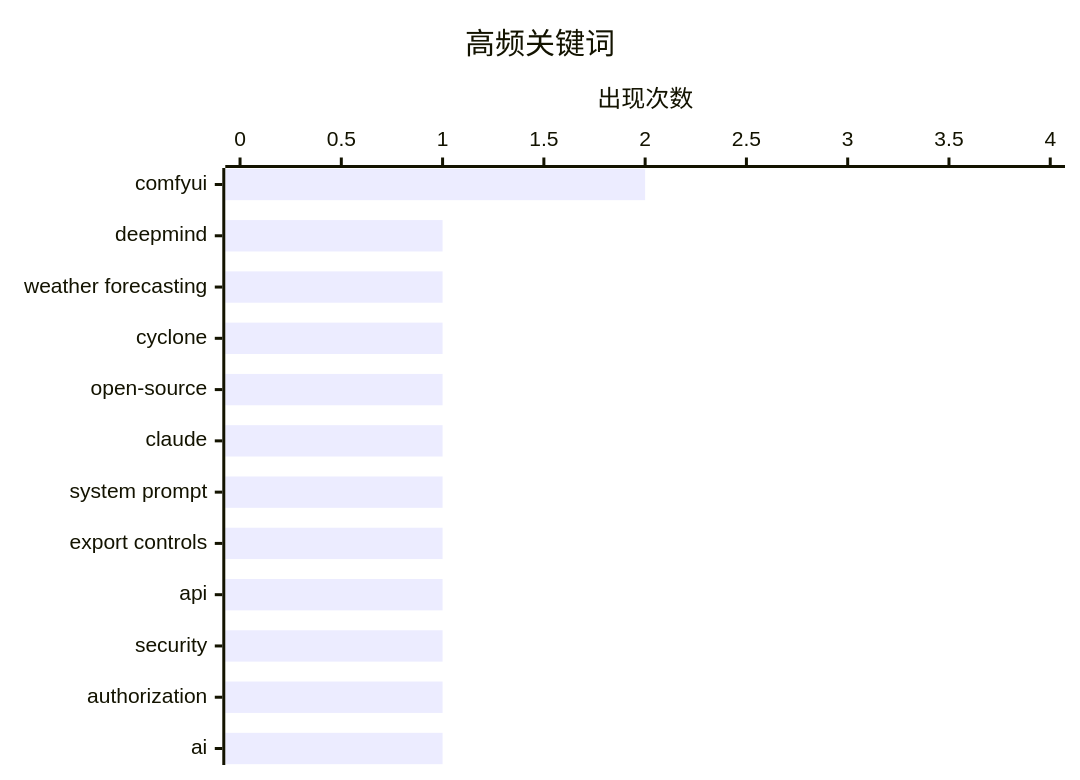
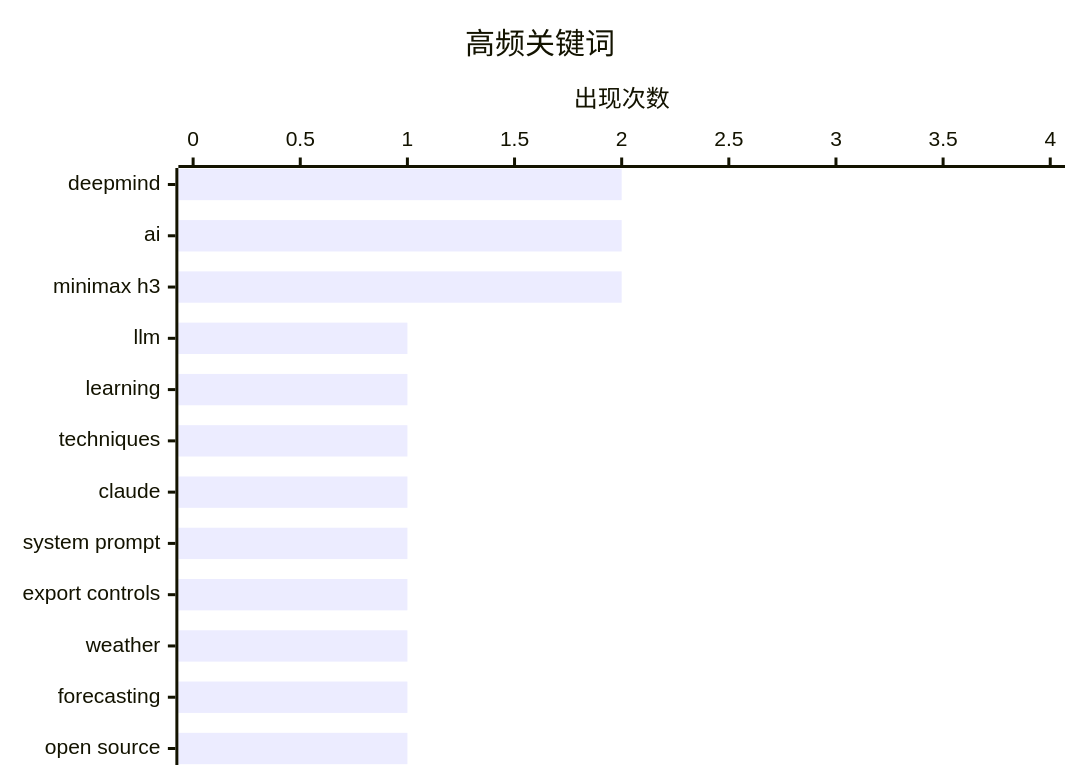
Before and after one commit to Halcyon-ccc/ai-daily-digest: the second of 2 diagrams in digests/digest-20260810.md, drawn with Mermaid. The commit also changed other lines of this file, not shown here.

````diff
--- a/digests/digest-20260810.md
+++ b/digests/digest-20260810.md
@@ -403,7 +403,7 @@
 ```mermaid
 xychart-beta horizontal
     title "高频关键词"
-    x-axis ["comfyui", "deepmind", "weather forecasting", "cyclone", "open-source", "claude", "system prompt", "export controls", "api", "security", "authorization", "ai"]
+    x-axis ["deepmind", "ai", "minimax h3", "llm", "learning", "techniques", "claude", "system prompt", "export controls", "weather", "forecasting", "open source"]
     y-axis "出现次数" 0 --> 4
-    bar [2, 1, 1, 1, 1, 1, 1, 1, 1, 1, 1, 1]
+    bar [2, 2, 2, 1, 1, 1, 1, 1, 1, 1, 1, 1]
 ```
````
